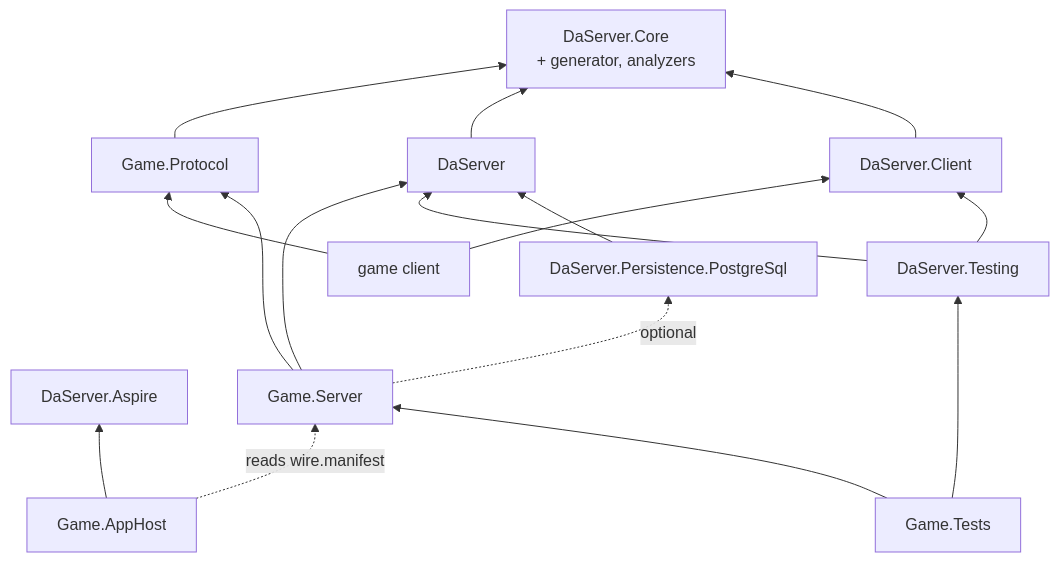
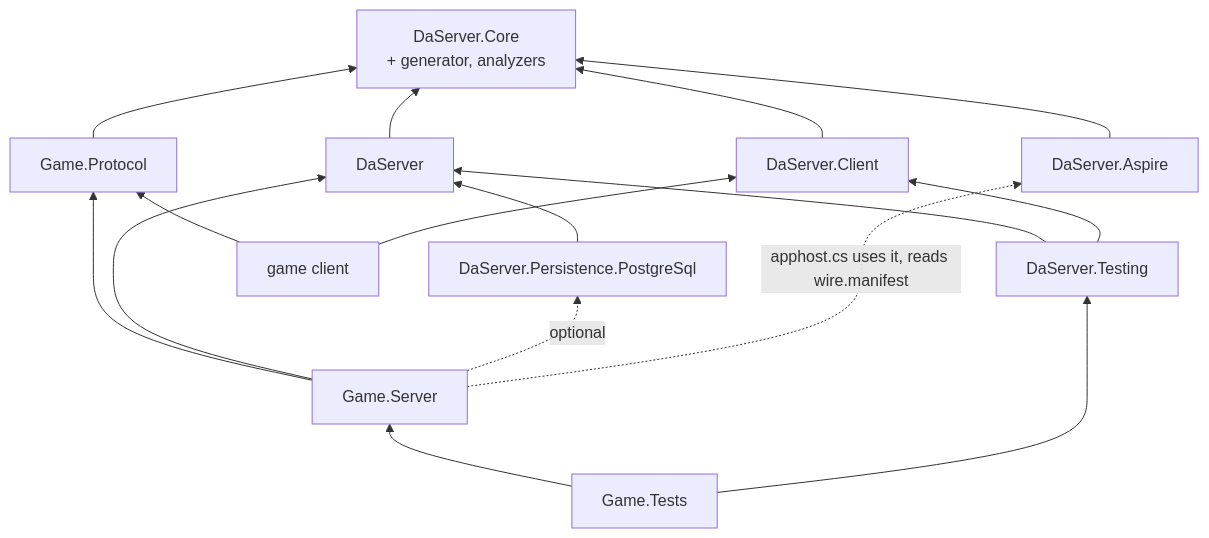
The diagram in doc/drafts/architecture.md (JasonXuDeveloper/DaServer), drawn with Mermaid before and after one commit. The commit also changed other lines of this file and 4 other files, not shown here.

````diff
--- a/doc/drafts/architecture.md
+++ b/doc/drafts/architecture.md
@@ -49,21 +61,20 @@
 ```mermaid
 flowchart BT
     Core["DaServer.Core<br/>+ generator, analyzers"]
     Client[DaServer.Client] --> Core
     Server[DaServer] --> Core
     PG[DaServer.Persistence.PostgreSql] --> Server
     Testing[DaServer.Testing] --> Server
     Testing --> Client
-    Aspire[DaServer.Aspire]
+    Aspire[DaServer.Aspire] --> Core
 
     Protocol[Game.Protocol] --> Core
     GameServer[Game.Server] --> Protocol
     GameServer --> Server
     GameServer -.->|optional| PG
     GameClient[game client] --> Protocol
     GameClient --> Client
     Tests[Game.Tests] --> GameServer
     Tests --> Testing
-    AppHost[Game.AppHost] --> Aspire
-    AppHost -.->|"reads wire.manifest"| GameServer
+    GameServer -.->|"apphost.cs uses it, reads wire.manifest"| Aspire
 ```
````
